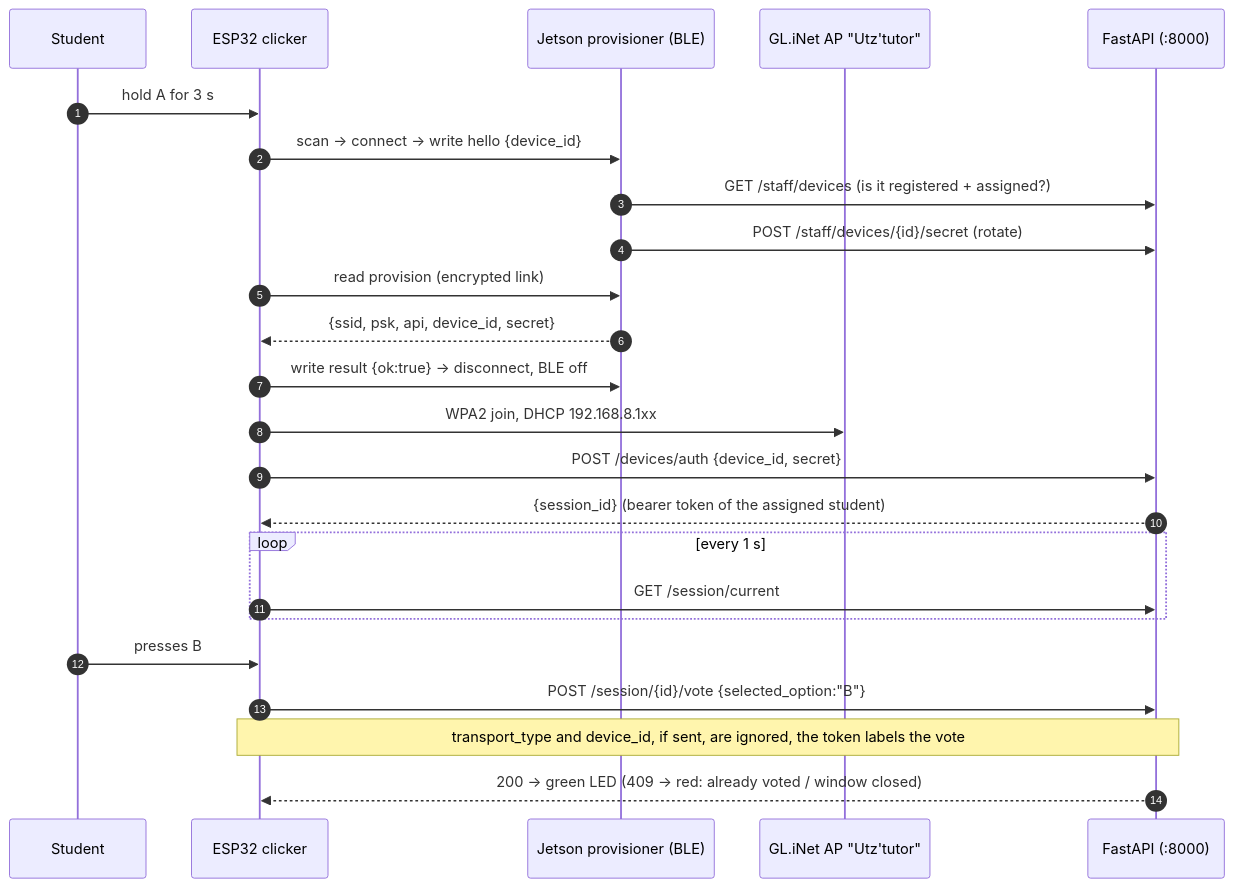
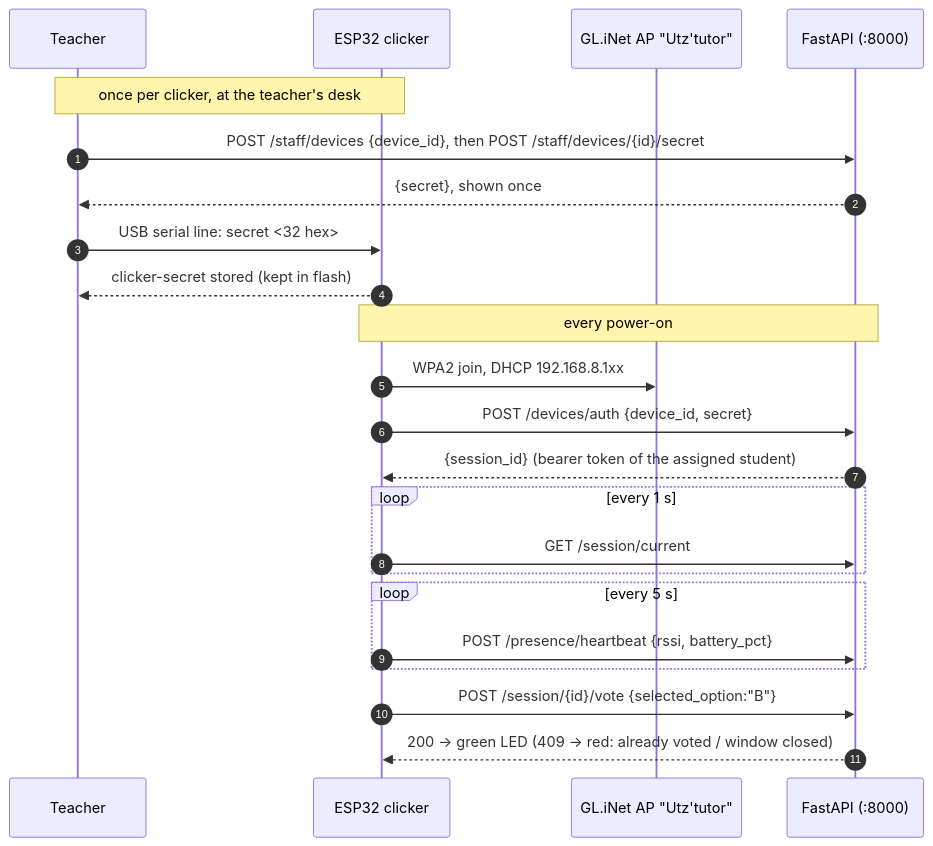
The first of 2 diagrams in docs/architecture/esp32-protocol.md (GabGP/TutorBox), drawn with Mermaid before and after one commit. The commit also changed other lines of this file and 8 other files, not shown here.

Commit message:
docs: describe the clicker as built and record the dropped BLE provisioner

````diff
--- a/docs/architecture/esp32-protocol.md
+++ b/docs/architecture/esp32-protocol.md
@@ -51,27 +50,26 @@
 ```mermaid
 sequenceDiagram
     autonumber
-    participant Kid as Student
+    participant T as Teacher
     participant ESP as ESP32 clicker
-    participant BT as Jetson provisioner (BLE)
     participant AP as GL.iNet AP "Utz'tutor"
     participant API as FastAPI (:8000)
 
-    Kid->>ESP: hold A for 3 s
-    ESP->>BT: scan → connect → write hello {device_id}
-    BT->>API: GET /staff/devices (is it registered + assigned?)
-    BT->>API: POST /staff/devices/{id}/secret (rotate)
-    ESP->>BT: read provision (encrypted link)
-    BT-->>ESP: {ssid, psk, api, device_id, secret}
-    ESP->>BT: write result {ok:true} → disconnect, BLE off
+    Note over T,ESP: once per clicker, at the teacher's desk
+    T->>API: POST /staff/devices {device_id}, then POST /staff/devices/{id}/secret
+    API-->>T: {secret}, shown once
+    T->>ESP: USB serial line: secret <32 hex>
+    ESP-->>T: clicker-secret stored (kept in flash)
+    Note over ESP,API: every power-on
     ESP->>AP: WPA2 join, DHCP 192.168.8.1xx
     ESP->>API: POST /devices/auth {device_id, secret}
     API-->>ESP: {session_id} (bearer token of the assigned student)
     loop every 1 s
         ESP->>API: GET /session/current
     end
-    Kid->>ESP: presses B
+    loop every 5 s
+        ESP->>API: POST /presence/heartbeat {rssi, battery_pct}
+    end
     ESP->>API: POST /session/{id}/vote {selected_option:"B"}
-    Note over ESP,API: transport_type and device_id, if sent, are ignored, the token labels the vote
     API-->>ESP: 200 → green LED (409 → red: already voted / window closed)
 ```
````
